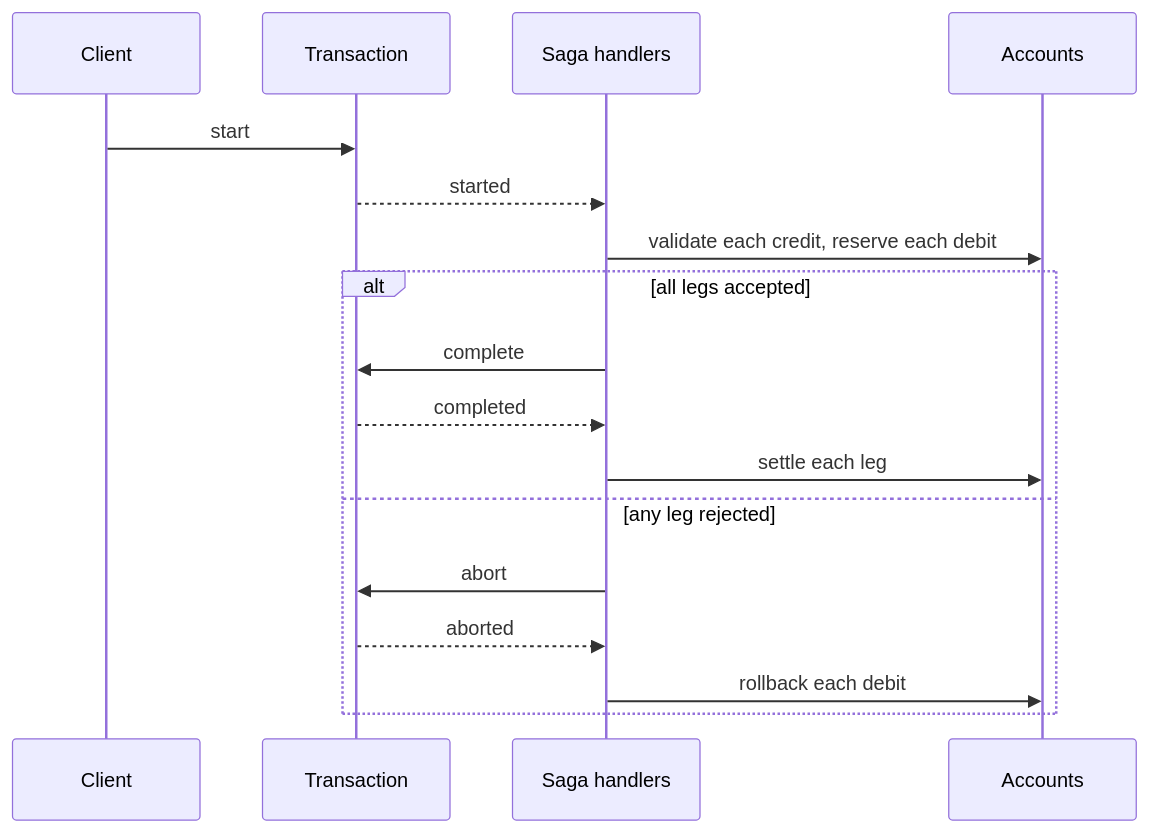
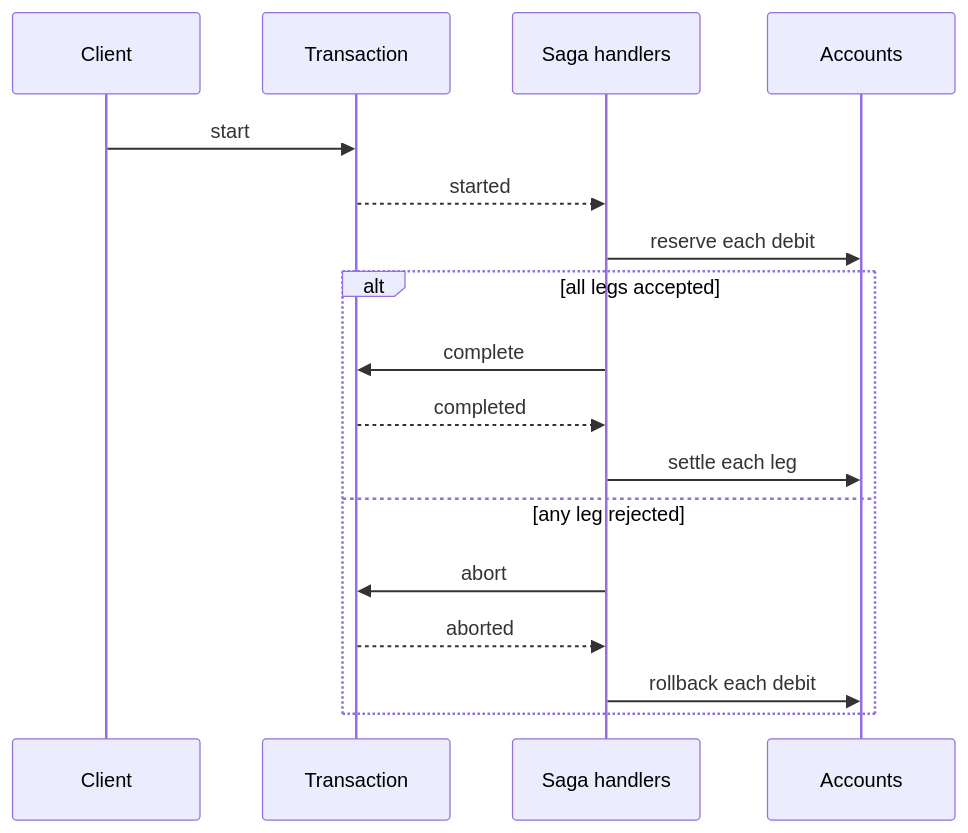
The diagram in README.md (SagynyshBaitursinov/caravan-ledger), drawn with Mermaid before and after one commit. The commit also changed 19 other files, not shown here.

````diff
--- a/README.md
+++ b/README.md
@@ -29,19 +29,19 @@
 ```mermaid
 sequenceDiagram
     participant C as Client
     participant T as Transaction
     participant H as Saga handlers
     participant A as Accounts
     C ->> T: start
     T -->> H: started
-    H ->> A: validate each credit, reserve each debit
+    H ->> A: reserve each debit
     alt all legs accepted
         H ->> T: complete
         T -->> H: completed
         H ->> A: settle each leg
     else any leg rejected
         H ->> T: abort
         T -->> H: aborted
         H ->> A: rollback each debit
     end
 ```
````
